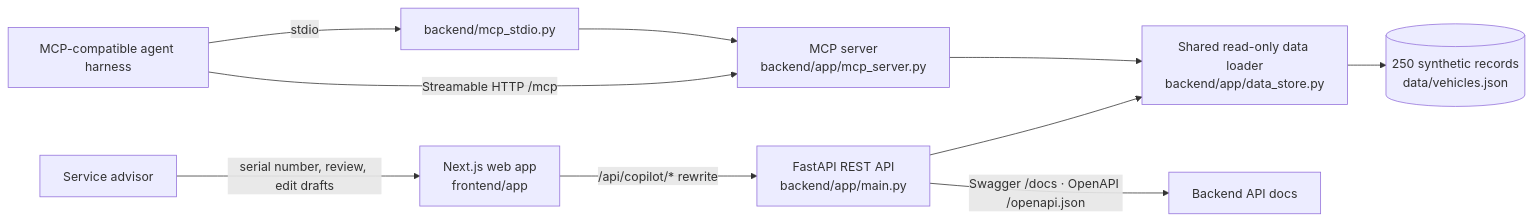
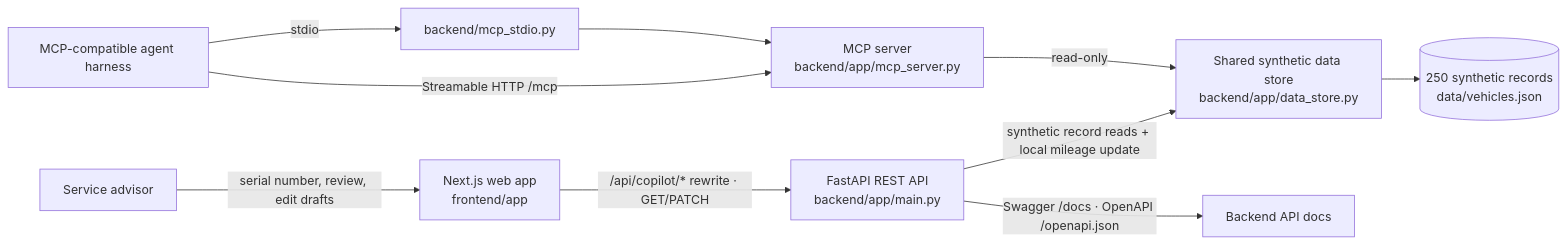
One commit to arsalanshakil-dev/service-lane-copilot changed the diagram in README.md. Above: the diagram before and after it, drawn with Mermaid. The commit also changed other lines of this file and 7 other files, not shown here.

First line of the commit message:
Add manual mileage updates for synthetic records (#7)

````diff
--- a/README.md
+++ b/README.md
@@ -13,12 +13,12 @@
 ```mermaid
 flowchart LR
     Advisor[Service advisor] -->|serial number, review, edit drafts| Web[Next.js web app\nfrontend/app]
-    Web -->|/api/copilot/* rewrite| API[FastAPI REST API\nbackend/app/main.py]
-    API --> Store[Shared read-only data loader\nbackend/app/data_store.py]
+    Web -->|/api/copilot/* rewrite · GET/PATCH| API[FastAPI REST API\nbackend/app/main.py]
+    API -->|synthetic record reads + local mileage update| Store[Shared synthetic data store\nbackend/app/data_store.py]
     Store --> Data[(250 synthetic records\ndata/vehicles.json)]
     Harness[MCP-compatible agent harness] -->|Streamable HTTP /mcp| MCP[MCP server\nbackend/app/mcp_server.py]
     Harness -->|stdio| Launcher[backend/mcp_stdio.py]
     Launcher --> MCP
-    MCP --> Store
+    MCP -->|read-only| Store
     API -->|Swagger /docs · OpenAPI /openapi.json| Docs[Backend API docs]
 ```
````
